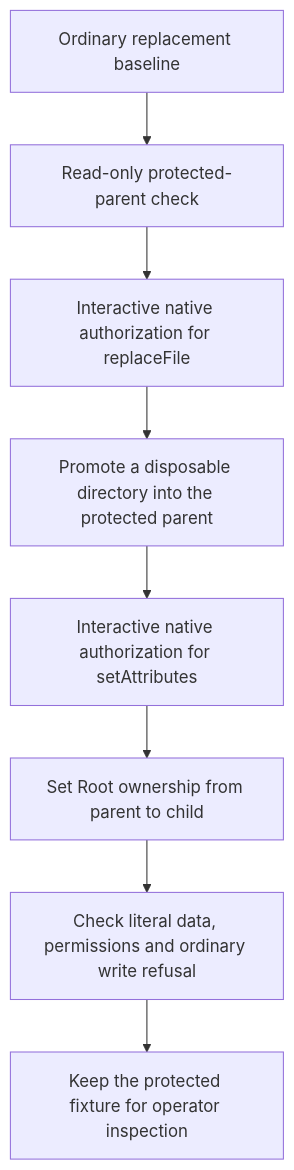
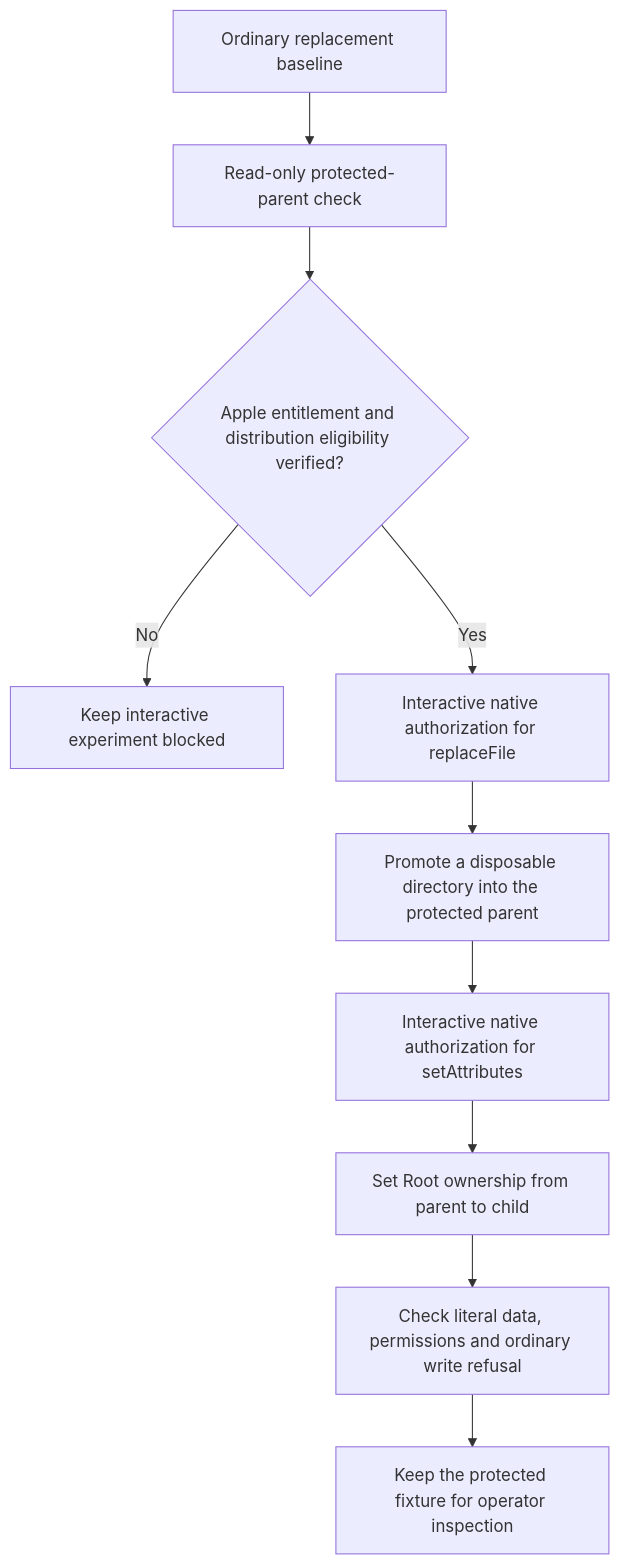
The diagram in docs/macos-protected-bootstrap-files.md (rock3r/remozio), drawn with Mermaid before and after one commit. The commit also changed other lines of this file and 6 other files, not shown here.

Commit message:
Require approved signing for native file authorization

````diff
--- a/docs/macos-protected-bootstrap-files.md
+++ b/docs/macos-protected-bootstrap-files.md
@@ -8,10 +17,12 @@
 ```mermaid
 flowchart TD
     O[Ordinary replacement baseline] --> P[Read-only protected-parent check]
-    P --> A[Interactive native authorization for replaceFile]
+    P --> E{Apple entitlement and distribution eligibility verified?}
+    E -->|No| G[Keep interactive experiment blocked]
+    E -->|Yes| A[Interactive native authorization for replaceFile]
     A --> R[Promote a disposable directory into the protected parent]
     R --> B[Interactive native authorization for setAttributes]
     B --> N[Set Root ownership from parent to child]
     N --> V[Check literal data, permissions and ordinary write refusal]
     V --> K[Keep the protected fixture for operator inspection]
 ```
````
